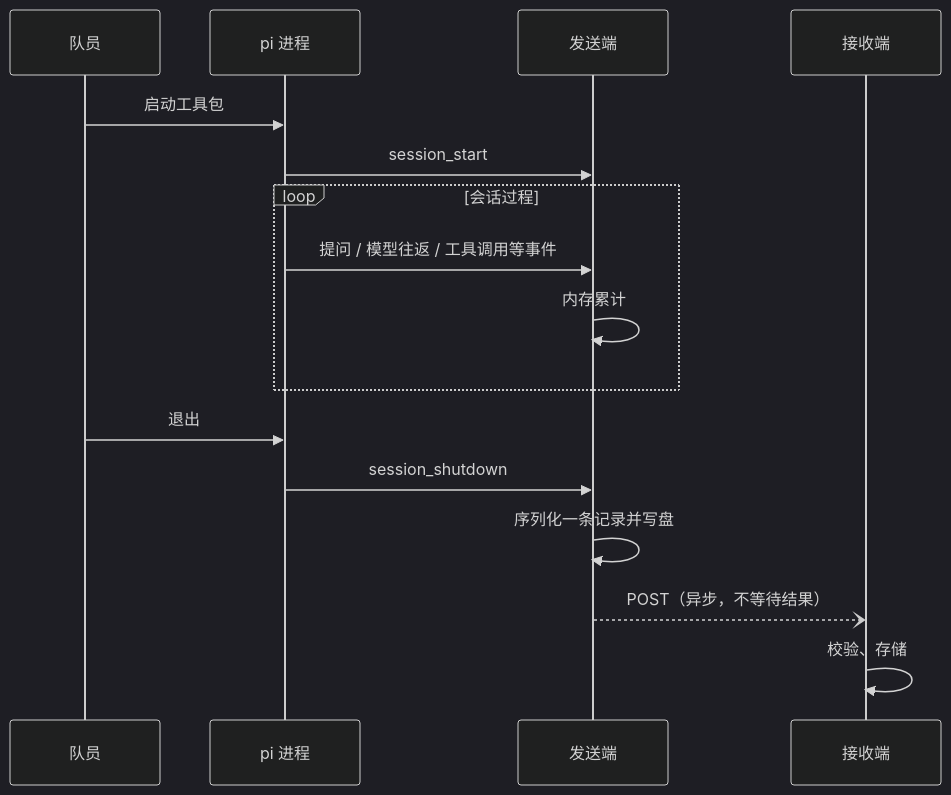
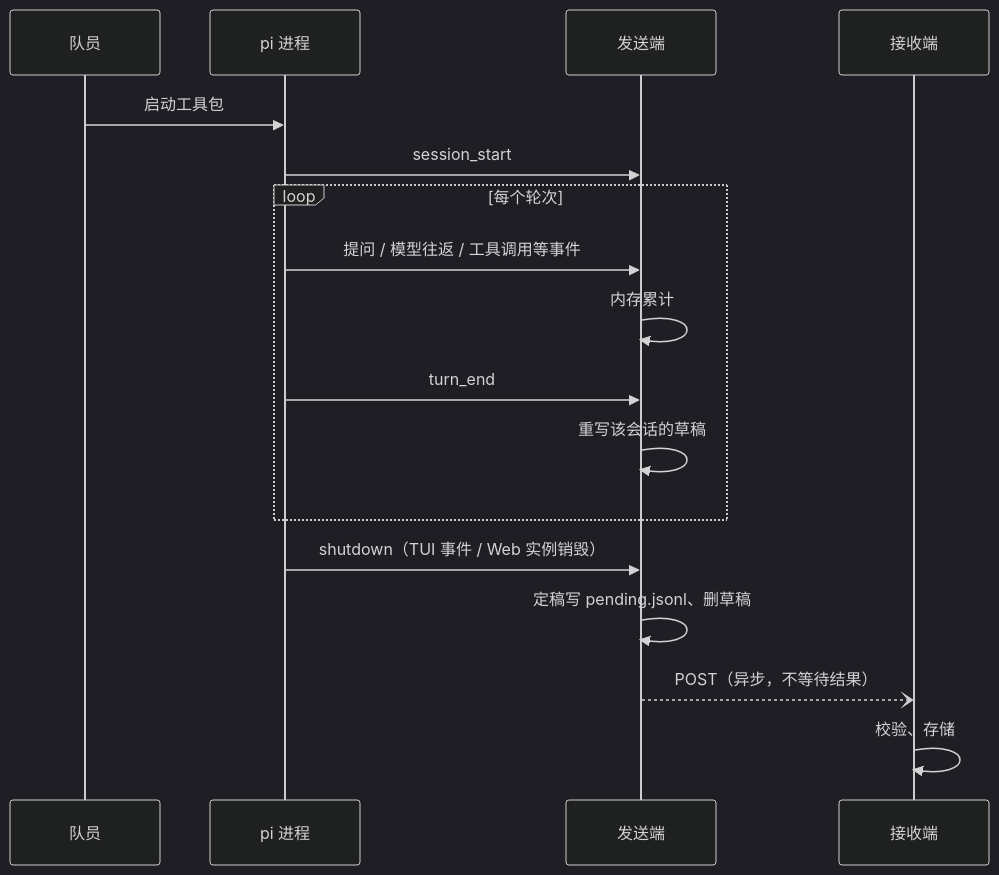
One commit to SCAU-Computer-Serving-Team/cst-pilot changed the second of 2 diagrams in doc/telemetry/architecture.md. Above: the diagram before and after it, drawn with Mermaid (dark theme). The commit also changed other lines of this file and 4 other files, not shown here.

Commit message:
docs(telemetry): finalize contract, schema and sender/receiver specs

````diff
--- a/doc/telemetry/architecture.md
+++ b/doc/telemetry/architecture.md
@@ -38,19 +44,20 @@
 ```mermaid
 sequenceDiagram
     participant U as 队员
     participant P as pi 进程
     participant S as 发送端
     participant R as 接收端
 
     U->>P: 启动工具包
     P->>S: session_start
-    loop 会话过程
+    loop 每个轮次
         P->>S: 提问 / 模型往返 / 工具调用等事件
         S->>S: 内存累计
+        P->>S: turn_end
+        S->>S: 重写该会话的草稿
     end
-    U->>P: 退出
-    P->>S: session_shutdown
-    S->>S: 序列化一条记录并写盘
+    P->>S: shutdown（TUI 事件 / Web 实例销毁）
+    S->>S: 定稿写 pending.jsonl、删草稿
     S--)R: POST（异步，不等待结果）
     R->>R: 校验、存储
 ```
````
